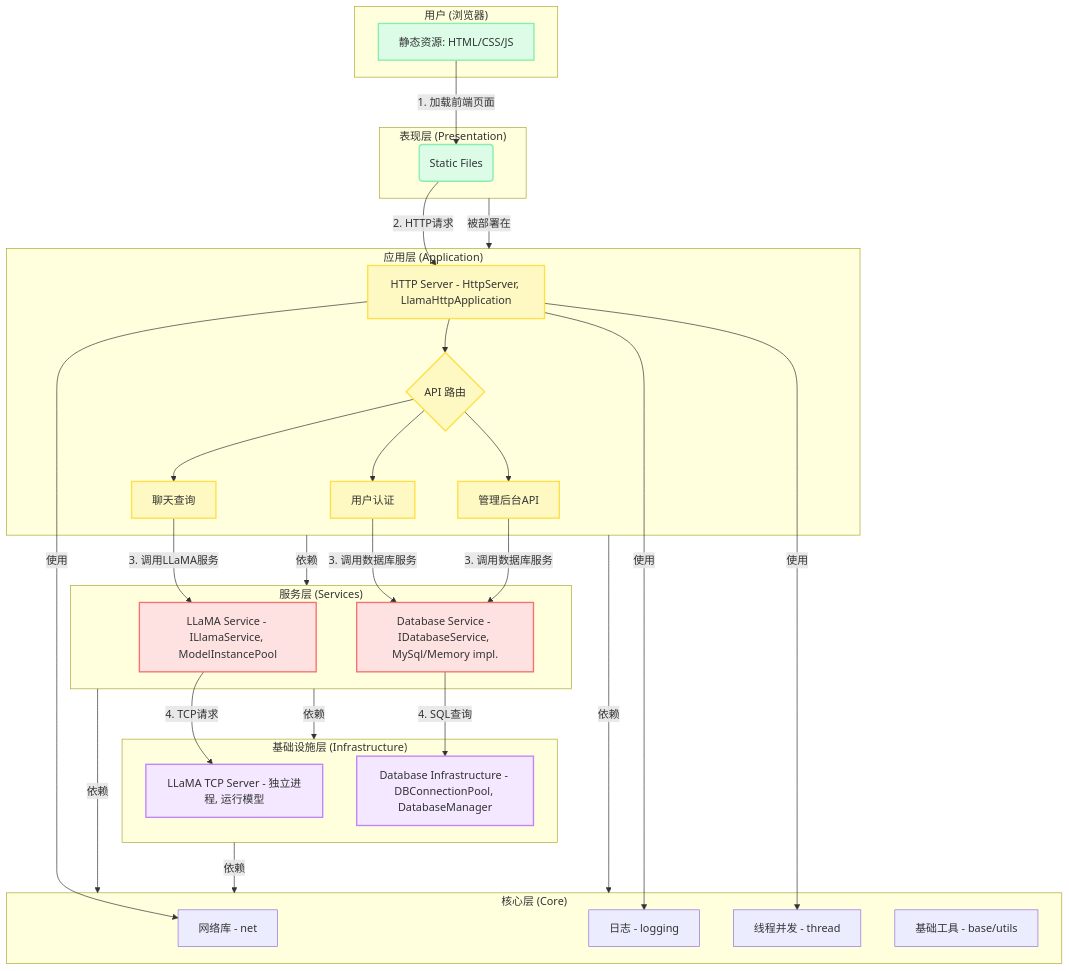
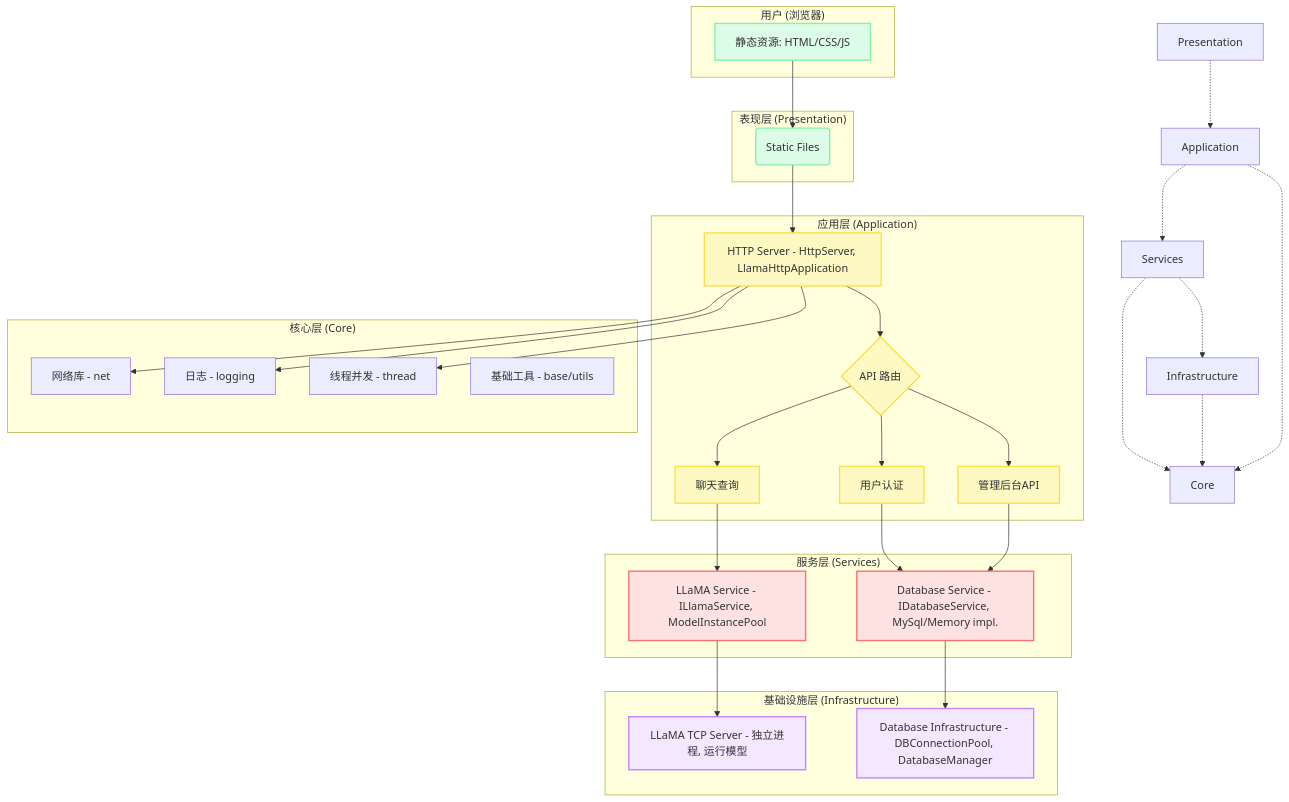
Before and after one commit to xiaoben765/xiaoben765.github.io: the diagram in _posts/2025-08-02-project-preview.md, drawn with Mermaid. The commit also changed other lines of this file, not shown here.

Commit message:
修改项目介绍

```diff
--- a/_posts/2025-08-02-project-preview.md
+++ b/_posts/2025-08-02-project-preview.md
@@ -26,71 +26,64 @@
 <div class="mermaid">
 graph TD
     subgraph 用户["用户 (浏览器)"]
         A[静态资源: HTML/CSS/JS]
     end
 
-    subgraph Presentation["表现层 (Presentation)"]
+    subgraph 表现层["表现层 (Presentation)"]
         B(Static Files)
     end
 
-    subgraph Application["应用层 (Application)"]
+    subgraph 应用层["应用层 (Application)"]
         C[HTTP Server - HttpServer, LlamaHttpApplication] --> D{API 路由}
         D --> E[用户认证]
         D --> F[聊天查询]
         D --> G[管理后台API]
     end
 
-    subgraph Services["服务层 (Services)"]
+    subgraph 服务层["服务层 (Services)"]
         H[LLaMA Service - ILlamaService, ModelInstancePool]
         I[Database Service - IDatabaseService, MySql/Memory impl.]
     end
 
-    subgraph Infrastructure["基础设施层 (Infrastructure)"]
+    subgraph 基础设施层["基础设施层 (Infrastructure)"]
         J[LLaMA TCP Server - 独立进程, 运行模型]
         K[Database Infrastructure - DBConnectionPool, DatabaseManager]
     end
 
-    subgraph Core["核心层 (Core)"]
+    subgraph 核心层["核心层 (Core)"]
         L[网络库 - net]
         M[日志 - logging]
         N[线程并发 - thread]
         O[基础工具 - base/utils]
     end
 
-    %% 流程连线
-    A -- "1. 加载前端页面" --> B
-    B -- "2. HTTP请求" --> C
-    
-    C -- "使用" --> L
-    C -- "使用" --> M
-    C -- "使用" --> N
+    A --> B
+    B --> C
+    C --> L
+    C --> M
+    C --> N
+    F --> H
+    E --> I
+    G --> I
+    H --> J
+    I --> K
+    Application -.-> Services
+    Services -.-> Infrastructure
+    Services -.-> Core
+    Infrastructure -.-> Core
+    Application -.-> Core
+    Presentation -.-> Application
 
-    F -- "3. 调用LLaMA服务" --> H
-    E -- "3. 调用数据库服务" --> I
-    G -- "3. 调用数据库服务" --> I
-    
-    H -- "4. TCP请求" --> J
-    I -- "4. SQL查询" --> K
-    
-    %% 模块依赖关系 (虚线)
-    Application -- "依赖" --> Services
-    Services -- "依赖" --> Infrastructure
-    Services -- "依赖" --> Core
-    Infrastructure -- "依赖" --> Core
-    Application -- "依赖" --> Core
-    Presentation -- "被部署在" --> Application
-
-    %% 样式
     classDef user fill:#e0f2fe,stroke:#a5f3fc,stroke-width:2px;
     classDef presentation fill:#dcfce7,stroke:#86efac,stroke-width:2px;
     classDef app fill:#fef9c3,stroke:#fde047,stroke-width:2px;
     classDef services fill:#fee2e2,stroke:#f87171,stroke-width:2px;
     classDef infra fill:#f3e8ff,stroke:#c084fc,stroke-width:2px;
     classDef core fill:#e0e7ff,stroke:#a5b4fc,stroke-width:2px;
 
     class User user;
     class A,B presentation;
     class C,D,E,F,G app;
     class H,I services;
     class J,K infra;
 </div>
```
